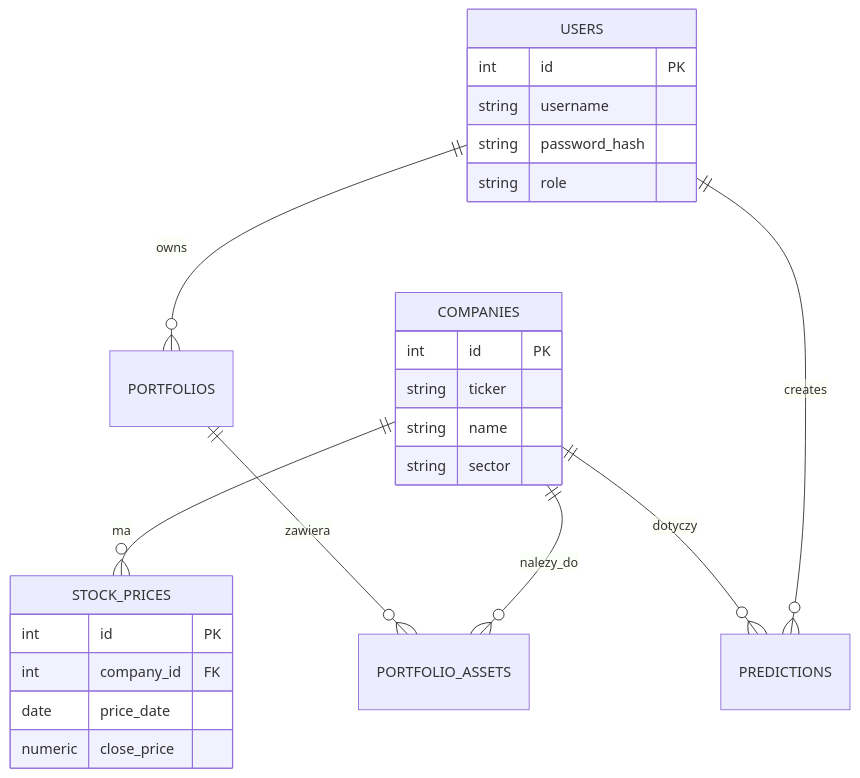
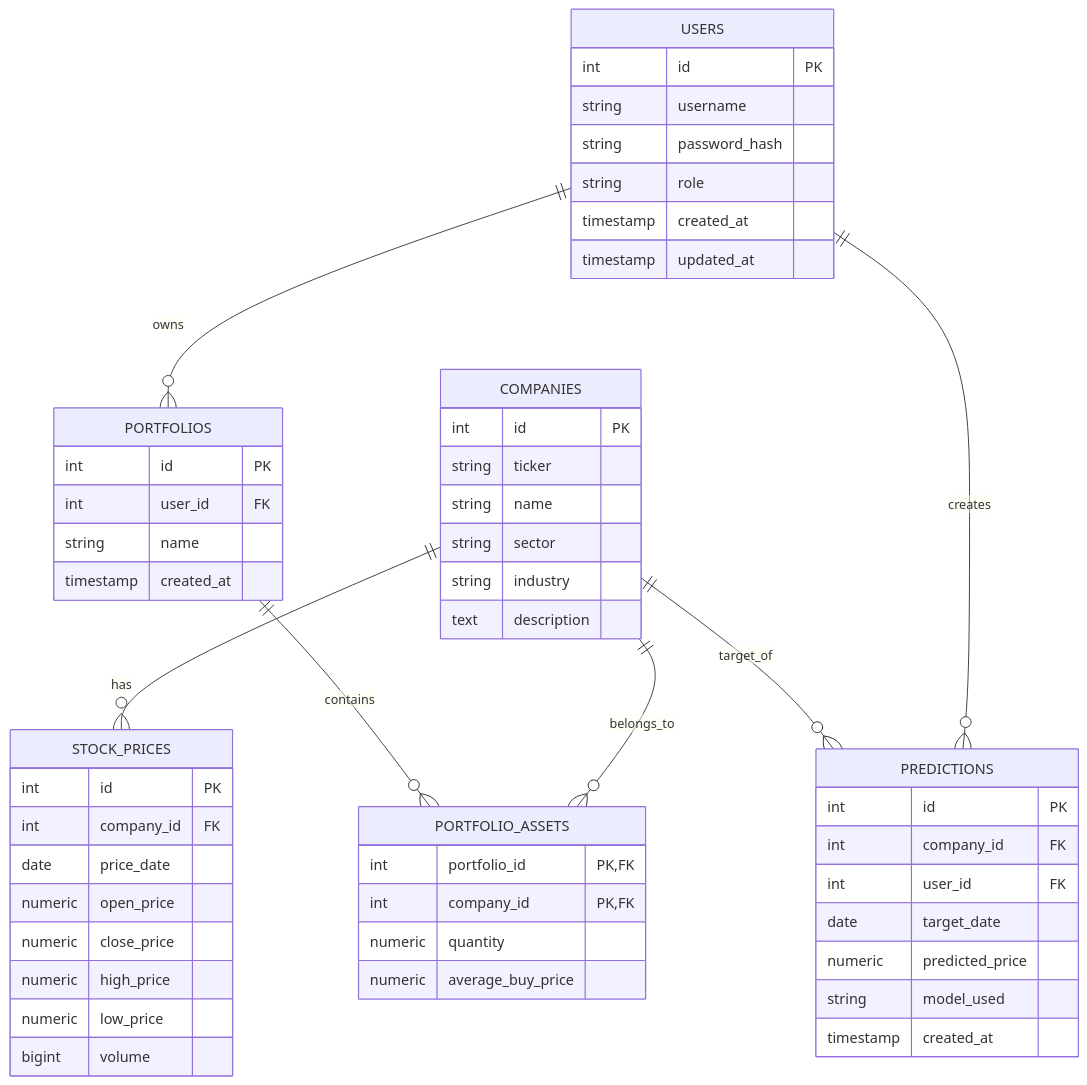
The diagram in docs/dokumentacja_projektowa.md (Mily063/stock-trend-predictor), drawn with Mermaid before and after one commit. The commit also changed other lines of this file and 3 other files, not shown here.

````diff
--- a/docs/dokumentacja_projektowa.md
+++ b/docs/dokumentacja_projektowa.md
@@ -10,30 +19,62 @@
 ```mermaid
 erDiagram
     USERS ||--o{ PORTFOLIOS : owns
     USERS ||--o{ PREDICTIONS : creates
-    COMPANIES ||--o{ STOCK_PRICES : ma
-    COMPANIES ||--o{ PREDICTIONS : dotyczy
-    COMPANIES ||--o{ PORTFOLIO_ASSETS : nalezy_do
-    PORTFOLIOS ||--o{ PORTFOLIO_ASSETS : zawiera
+    COMPANIES ||--o{ STOCK_PRICES : has
+    COMPANIES ||--o{ PREDICTIONS : target_of
+    COMPANIES ||--o{ PORTFOLIO_ASSETS : belongs_to
+    PORTFOLIOS ||--o{ PORTFOLIO_ASSETS : contains
 
     USERS {
         int id PK
         string username
         string password_hash
         string role
+        timestamp created_at
+        timestamp updated_at
     }
 
     COMPANIES {
         int id PK
         string ticker
         string name
         string sector
+        string industry
+        text description
     }
 
     STOCK_PRICES {
         int id PK
         int company_id FK
         date price_date
+        numeric open_price
         numeric close_price
+        numeric high_price
+        numeric low_price
+        bigint volume
+    }
+
+    PORTFOLIOS {
+        int id PK
+        int user_id FK
+        string name
+        timestamp created_at
+    }
+
+    PORTFOLIO_ASSETS {
+        int portfolio_id PK, FK
+        int company_id PK, FK
+        numeric quantity
+        numeric average_buy_price
+    }
+
+    PREDICTIONS {
+        int id PK
+        int company_id FK
+        int user_id FK
+        date target_date
+        numeric predicted_price
+        string model_used
+        timestamp created_at
     }
 ```
````
